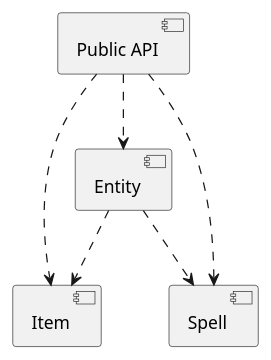
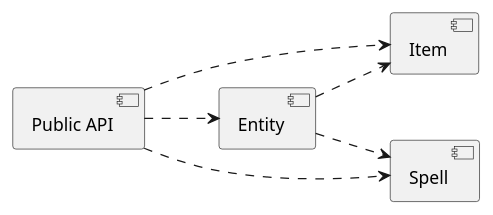
The diagram in README.md (alienspaces/holyragingmages), drawn with PlantUML before and after one commit.

````diff
--- a/README.md
+++ b/README.md
@@ -38,7 +38,8 @@
 ```plantuml
+left to right direction
 [Public API] ..> [Entity]
 [Public API] ..> [Item]
 [Public API] ..> [Spell]
 [Entity] ..> [Item]
 [Entity] ..> [Spell]
 ```
````
